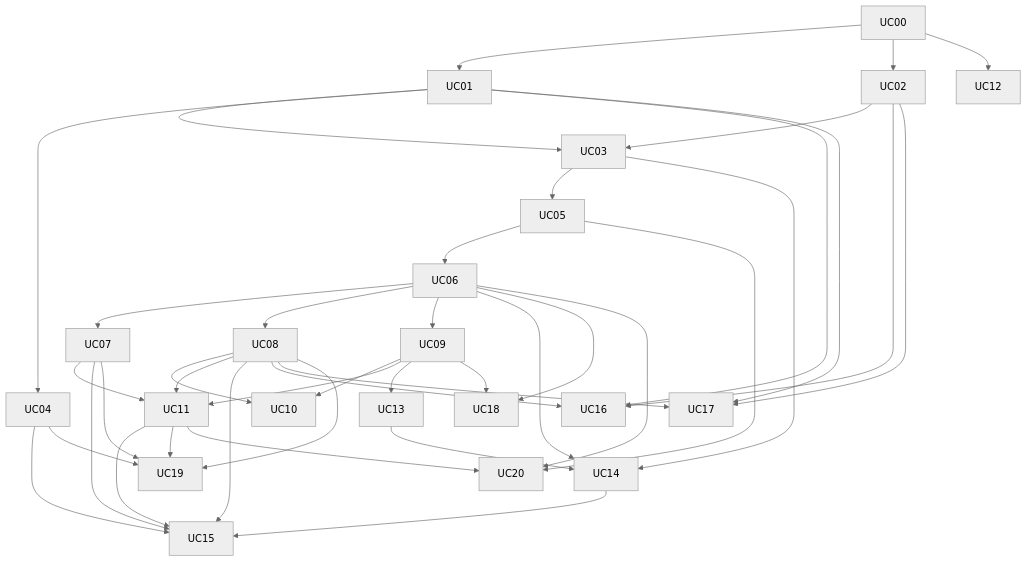
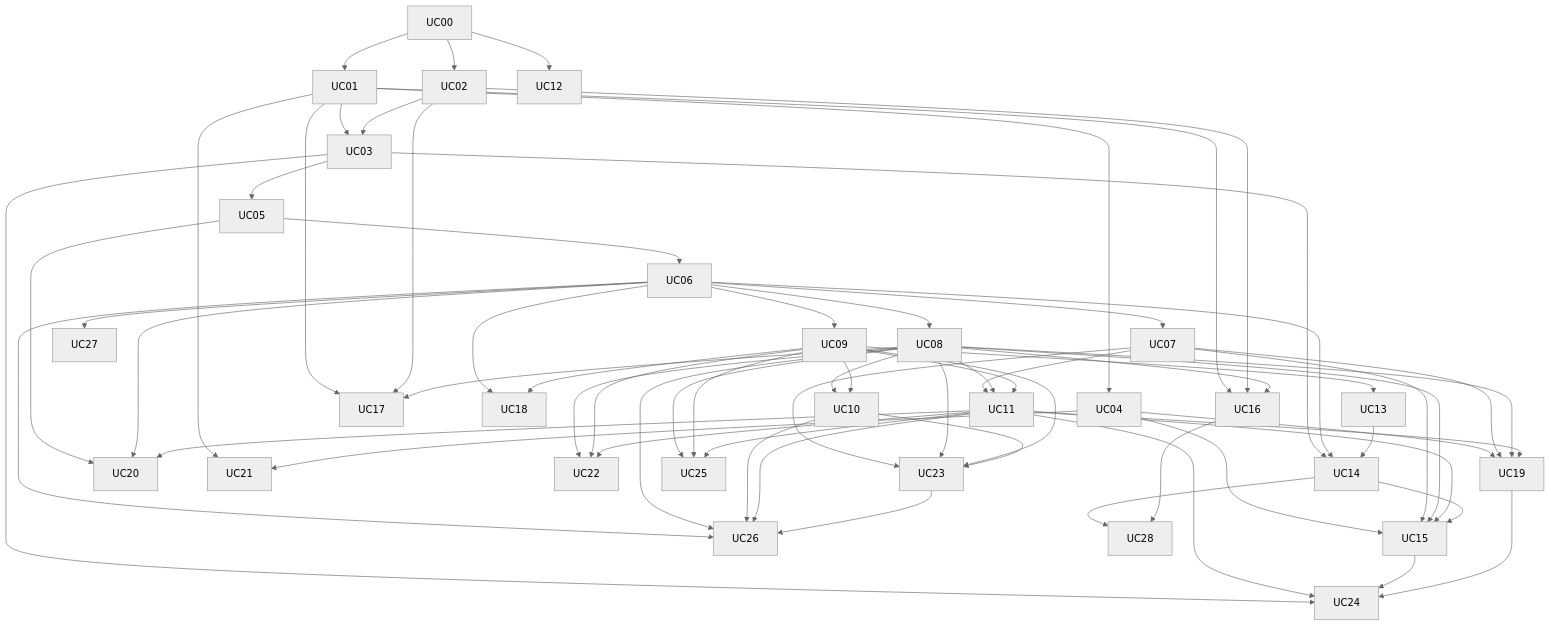
Before and after one commit to jsoladur/monthly-expenses: the diagram in docs/usecases/UC-INDEX.md, drawn with Mermaid (neutral theme). The commit also changed other lines of this file and 12 other files, not shown here.

````diff
--- a/docs/usecases/UC-INDEX.md
+++ b/docs/usecases/UC-INDEX.md
@@ -48,19 +56,27 @@
 ```mermaid
 flowchart TD
     UC00 --> UC01 --> UC03 --> UC05 --> UC06
     UC00 --> UC02 --> UC03
     UC01 --> UC04
     UC06 --> UC07 & UC08 & UC09
     UC08 & UC09 --> UC10
     UC07 & UC08 & UC09 --> UC11
     UC09 --> UC13
     UC03 & UC06 --> UC14
     UC13 --> UC14
     UC00 --> UC12
     UC04 & UC07 & UC08 & UC11 & UC14 --> UC15
     UC01 & UC02 & UC08 --> UC16
     UC01 & UC02 & UC08 --> UC17
     UC06 & UC09 --> UC18
     UC04 & UC07 & UC08 & UC11 --> UC19
     UC05 & UC06 & UC11 --> UC20
+    UC01 & UC04 --> UC21
+    UC08 & UC09 & UC11 --> UC22
+    UC07 & UC08 & UC09 & UC10 --> UC23
+    UC03 & UC11 & UC15 & UC19 --> UC24
+    UC08 & UC09 & UC11 --> UC25
+    UC06 & UC08 & UC10 & UC11 & UC23 --> UC26
+    UC06 --> UC27
+    UC14 & UC16 --> UC28
 ```
````
